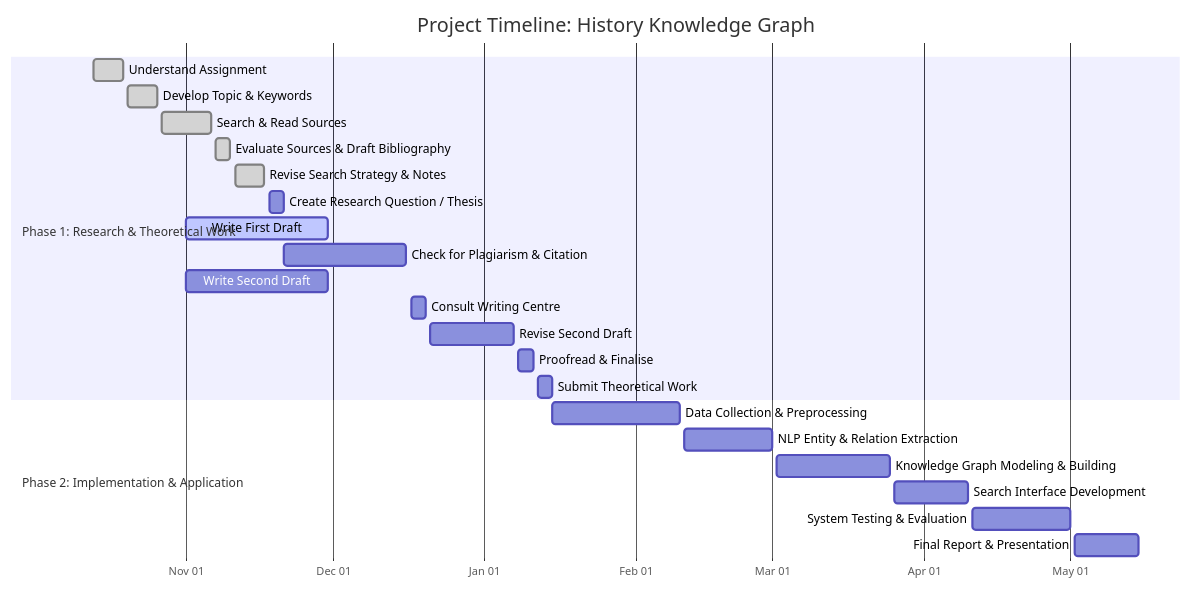
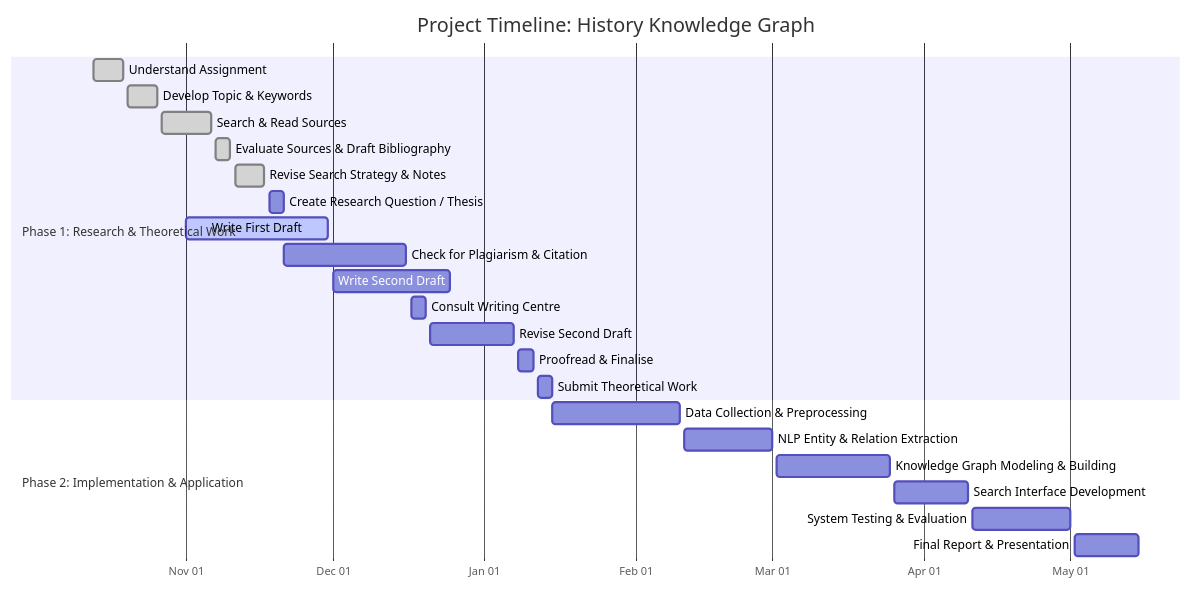
The diagram in README.md (Mohammad-ALADDASI/ChronoLearn), drawn with Mermaid before and after one commit.

Commit message:
Update second draft timeline in README

````diff
--- a/README.md
+++ b/README.md
@@ -66,30 +66,30 @@
 ```mermaid
 gantt
     title Project Timeline: History Knowledge Graph
     dateFormat  YYYY-MM-DD
     axisFormat  %b %d
 
     section Phase 1: Research & Theoretical Work
     Understand Assignment               :done, s1, 2025-10-13, 2025-10-19
     Develop Topic & Keywords             :done, s2, 2025-10-20, 2025-10-26
     Search & Read Sources                :done, s3, 2025-10-27, 2025-11-06
     Evaluate Sources & Draft Bibliography :done, s4, 2025-11-07, 2025-11-10
     Revise Search Strategy & Notes       :done, s5, 2025-11-11, 2025-11-17
     Create Research Question / Thesis    :s6, 2025-11-18, 2025-11-21
     Write First Draft                    :active,s7, 2025-11-01, 2025-11-30
     Check for Plagiarism & Citation      :s8, 2025-11-21, 2025-12-16
-    Write Second Draft                   :s9, 2025-11-01, 2025-11-30
+    Write Second Draft                   :s9, 2025-12-01, 2025-12-25
     Consult Writing Centre               :s10, 2025-12-17, 2025-12-20
     Revise Second Draft                  :s11, 2025-12-21, 2026-01-07
     Proofread & Finalise                 :s12, 2026-01-08, 2026-01-11
     Submit Theoretical Work              :s13, 2026-01-12, 2026-01-15
 
     section Phase 2: Implementation & Application
     Data Collection & Preprocessing      :s14, 2026-01-15, 2026-02-10
     NLP Entity & Relation Extraction     :s15, 2026-02-11, 2026-03-01
     Knowledge Graph Modeling & Building  :s16, 2026-03-02, 2026-03-25
     Search Interface Development         :s17, 2026-03-26, 2026-04-10
     System Testing & Evaluation          :s18, 2026-04-11, 2026-05-01
     Final Report & Presentation          :s19, 2026-05-02, 2026-05-15
 
 ```
````
